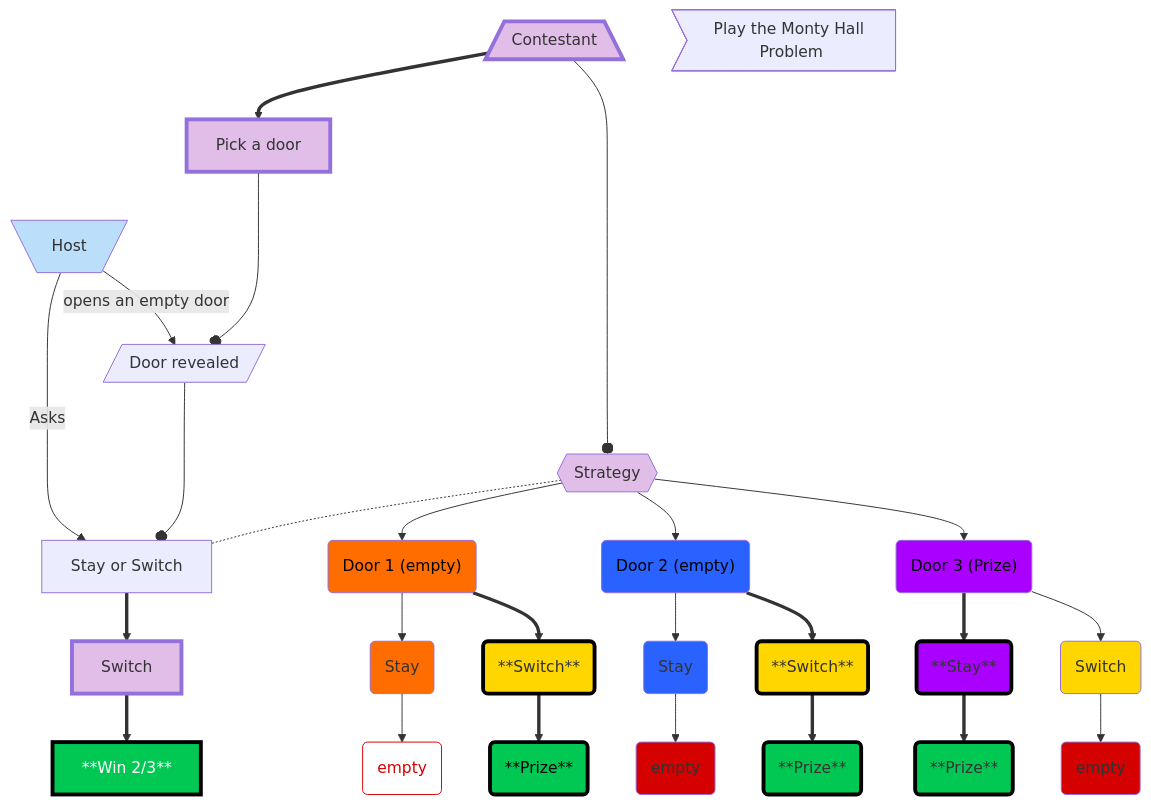
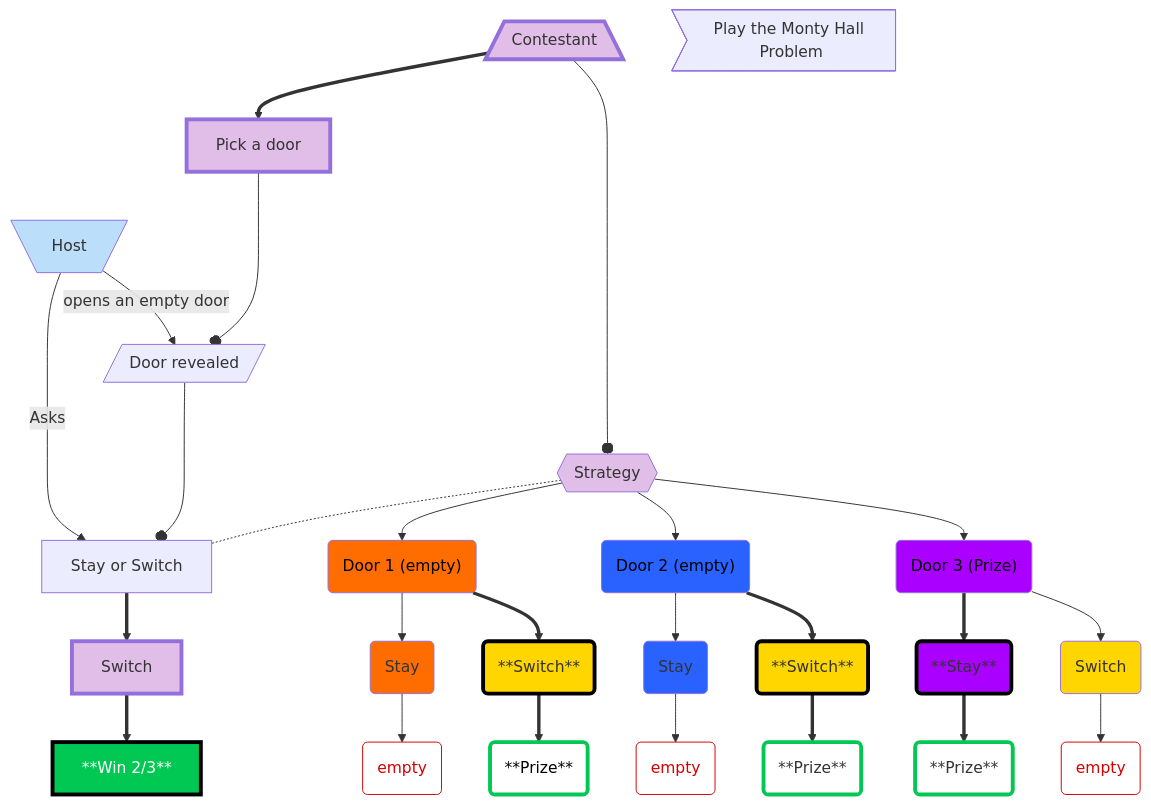
Before and after one commit to BADmommydale/BADmommydale.github.io: the diagram in Diagram.md, drawn with Mermaid.

Commit message:
Update Diagram.md
made color a little more understandable

````diff
--- a/Diagram.md
+++ b/Diagram.md
@@ -1,53 +1,52 @@
 ```mermaid
 flowchart TD
     B["Contestant"] ==> D["Pick a door"]
     C["Host"] -- opens an empty door --> E["Door revealed"]
     D ---o E
     C --Asks--> AB
     E ---o AB["Stay or Switch"]
     AB ==> G["Switch"]
     B ---o H["Strategy"]
     H -.- AB
     H --> I("Door 1 (empty)") & N("Door 2 (empty)") & S("Door 3 (Prize)")
     I --> J("Stay")
     I ==> K("**Switch**")
     J --> L("empty")
     K ==> M("**Prize**")
     N --> O("Stay")
     N ==> P("**Switch**")
     O --> Q("empty")
     P ==> R("**Prize**")
     S ==> T("**Stay**")
     S --> U("Switch")
     T ==> V("**Prize**")
     U --> W("empty")
     G ==> Z["**Win 2/3**"]
     A>"Play the Monty Hall Problem"]
     B@{ shape: trap-b}
     C@{ shape: trap-t}
     E@{ shape: lean-r}
     H@{ shape: hex}
     style B fill:#E1BEE7, stroke-width:4px,stroke-dasharray: 0
     style C fill:#BBDEFB
     style D fill:#E1BEE7, stroke-width:4px,stroke-dasharray: 0
     style G fill:#E1BEE7, stroke-width:4px,stroke-dasharray: 0
     style H fill:#E1BEE7
     style I color:#000000,fill:#FF6D00
     style N color:#000000,fill:#2962FF
     style S color:#000000,fill:#AA00FF
     style J fill:#FF6D00
     style M fill:transparent,stroke-width:4px,stroke-dasharray: 0,stroke:#00C853,color:#000000
     style K fill:#FFD600,stroke-width:4px,stroke-dasharray: 0,stroke:#000000
     style L fill:transparent,stroke:#D50000,color:#D50000
     style M fill:transparent,stroke-width:4px,stroke-dasharray: 0,stroke:#00C853,color:#000000
-    style M fill:#00C853,stroke-width:4px,stroke-dasharray: 0,stroke:#000000
     style O fill:#2962FF
     style P fill:#FFD600,stroke-width:4px,stroke-dasharray: 0,stroke:#000000
-    style Q fill:#D50000
-    style R fill:#00C853,stroke-width:4px,stroke-dasharray: 0,stroke:#000000
+    style Q fill:transparent,stroke:#D50000,color:#D50000
+    style R fill:transparent,stroke-width:4px,stroke-dasharray: 0,stroke:#00C853
     style T fill:#AA00FF,stroke-width:4px,stroke-dasharray: 0,stroke:#000000
     style U fill:#FFD600
-    style V fill:#00C853,stroke-width:4px,stroke-dasharray: 0,stroke:#000000
-    style W fill:#D50000
+    style V fill:transparent,stroke-width:4px,stroke-dasharray: 0,stroke:#00C853
+    style W fill:transparent,stroke:#D50000,color:#D50000
     style Z fill:#00C853,color:#FFFFFF,stroke-width:4px,stroke-dasharray: 0,stroke:#000000
 ```
````
